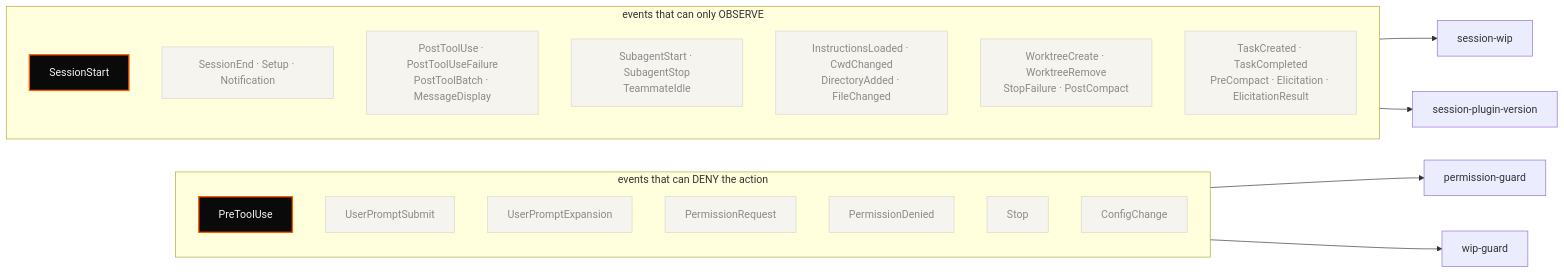
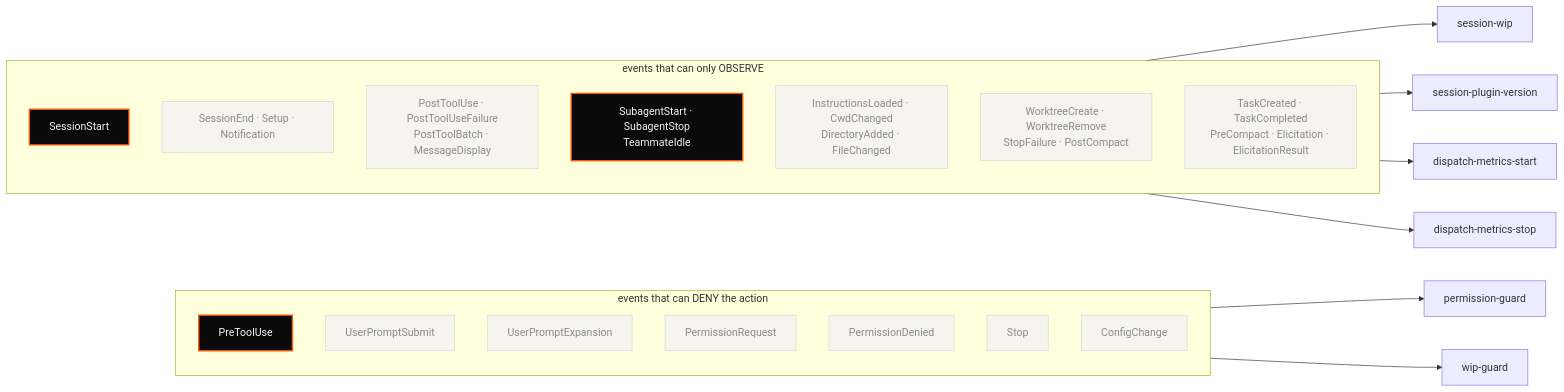
Before and after one commit to tedeuxx/tadeumendonca-skills: the fourth of 5 diagrams in README.md, drawn with Mermaid. The commit also changed other lines of this file and 3 other files, not shown here.

First line of the commit message:
feat(hooks): log per-dispatch benchmarking metrics to the Issue (#209)

````diff
--- a/README.md
+++ b/README.md
@@ -773,39 +773,43 @@
 ```mermaid
 flowchart LR
   classDef used fill:#0A0A0A,color:#F5F4EF,stroke:#FF5A00,stroke-width:2px
   classDef idle fill:#F5F4EF,color:#8A8A8A,stroke:#D8D6CE
 
   subgraph BLOCK["events that can DENY the action"]
     direction TB
     E1["PreToolUse"]
     E2["UserPromptSubmit"]:::idle
     E3["UserPromptExpansion"]:::idle
     E4["PermissionRequest"]:::idle
     E5["PermissionDenied"]:::idle
     E6["Stop"]:::idle
     E7["ConfigChange"]:::idle
   end
 
   subgraph OBS["events that can only OBSERVE"]
     direction TB
     O1["SessionStart"]
     O2["SessionEnd · Setup · Notification"]:::idle
     O3["PostToolUse · PostToolUseFailure<br/>PostToolBatch · MessageDisplay"]:::idle
     O4["SubagentStart · SubagentStop<br/>TeammateIdle"]:::idle
     O5["InstructionsLoaded · CwdChanged<br/>DirectoryAdded · FileChanged"]:::idle
     O6["WorktreeCreate · WorktreeRemove<br/>StopFailure · PostCompact"]:::idle
     O7["TaskCreated · TaskCompleted<br/>PreCompact · Elicitation · ElicitationResult"]:::idle
   end
 
   H1["permission-guard"]
   H2["wip-guard"]
   H3["session-wip"]
   H4["session-plugin-version"]
+  H5["dispatch-metrics-start"]
+  H6["dispatch-metrics-stop"]
 
   E1 --> H1
   E1 --> H2
   O1 --> H3
   O1 --> H4
+  O4 --> H5
+  O4 --> H6
 
-  class E1,O1 used
+  class E1,O1,O4 used
 ```
````
